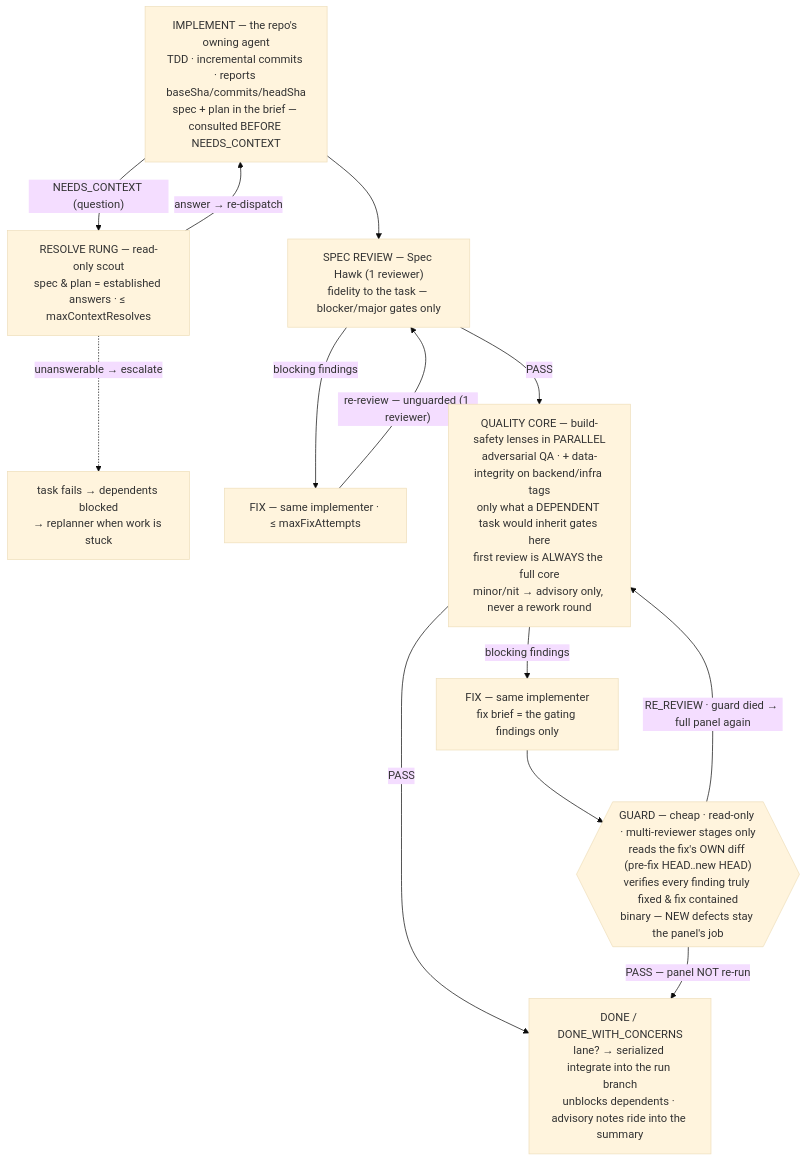
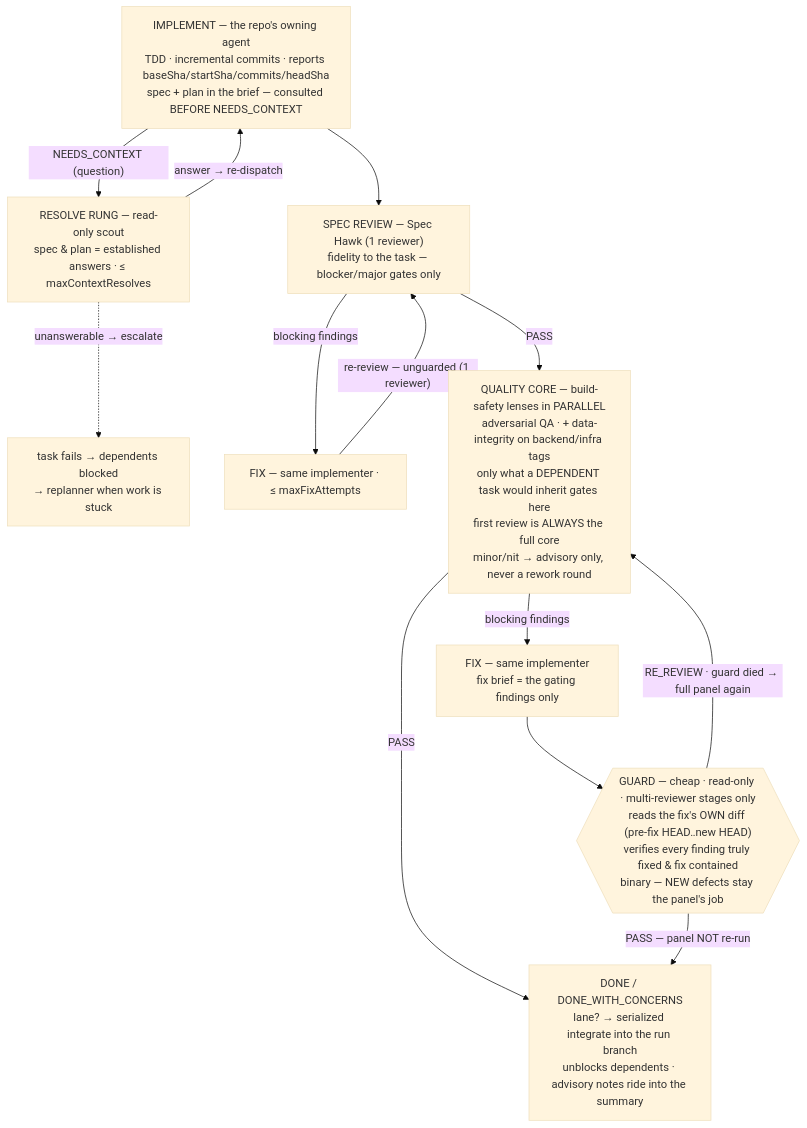
One commit to laurentlouk/grimoire changed the second of 3 diagrams in workflows/README.md. Above: the diagram before and after it, drawn with Mermaid (base theme). The commit also changed other lines of this file and 7 other files, not shown here.

First line of the commit message:
fix(loop): review startSha..headSha; demote a repeated footprint-only precheck

````diff
--- a/workflows/README.md
+++ b/workflows/README.md
@@ -170,16 +170,16 @@
 ```mermaid
 flowchart TB
-    impl["IMPLEMENT — the repo's owning agent\nTDD · incremental commits · reports baseSha/commits/headSha\nspec + plan in the brief — consulted BEFORE NEEDS_CONTEXT"]
+    impl["IMPLEMENT — the repo's owning agent\nTDD · incremental commits · reports baseSha/startSha/commits/headSha\nspec + plan in the brief — consulted BEFORE NEEDS_CONTEXT"]
     impl -- "NEEDS_CONTEXT (question)" --> scout["RESOLVE RUNG — read-only scout\nspec &amp; plan = established answers · ≤ maxContextResolves"]
     scout -- "answer → re-dispatch" --> impl
     scout -. "unanswerable → escalate" .-> esc["task fails → dependents blocked\n→ replanner when work is stuck"]
     impl --> specr["SPEC REVIEW — Spec Hawk (1 reviewer)\nfidelity to the task — blocker/major gates only"]
     specr -- "blocking findings" --> fixs["FIX — same implementer · ≤ maxFixAttempts"]
     fixs -- "re-review — unguarded (1 reviewer)" --> specr
     specr -- "PASS" --> qr["QUALITY CORE — build-safety lenses in PARALLEL\nadversarial QA · + data-integrity on backend/infra tags\nonly what a DEPENDENT task would inherit gates here\nfirst review is ALWAYS the full core\nminor/nit → advisory only, never a rework round"]
     qr -- "PASS" --> done
     qr -- "blocking findings" --> fix["FIX — same implementer\nfix brief = the gating findings only"]
     fix --> guard{{"GUARD — cheap · read-only · multi-reviewer stages only\nreads the fix's OWN diff (pre-fix HEAD‥new HEAD)\nverifies every finding truly fixed &amp; fix contained\nbinary — NEW defects stay the panel's job"}}
     guard -- "PASS — panel NOT re-run" --> done["DONE / DONE_WITH_CONCERNS\nlane? → serialized integrate into the run branch\nunblocks dependents · advisory notes ride into the summary"]
     guard -- "RE_REVIEW · guard died → full panel again" --> qr
 ```
````
